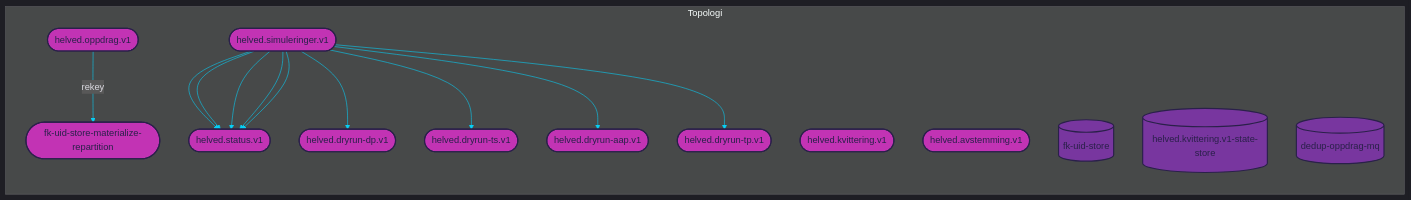
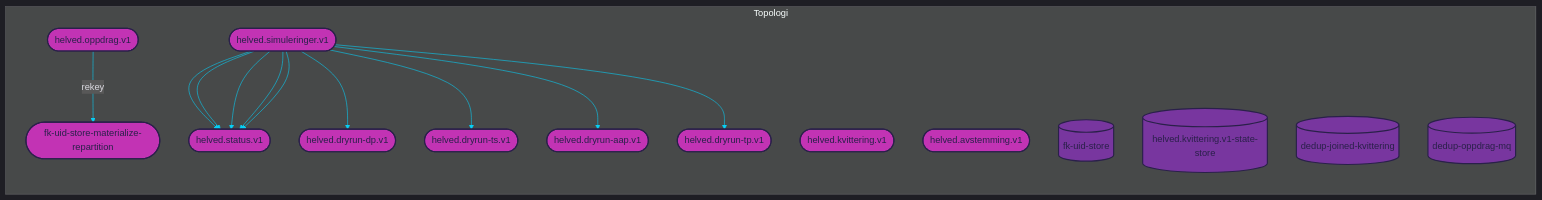
Before and after one commit to navikt/helved-utbetaling: the diagram in dokumentasjon/urskog.mmd, drawn with Mermaid. The commit also changed 3 other files, not shown here.

```diff
--- a/dokumentasjon/urskog.mmd
+++ b/dokumentasjon/urskog.mmd
@@ -1,87 +1,89 @@
 
 %%{init: {'theme': 'dark', 'themeVariables': { 'primaryColor': '#07cff6', 'textColor': '#dad9e0', 'lineColor': '#07cff6'}}}%%
 
 graph LR
 
 subgraph Topologi
     %% TOPICS
     helved.simuleringer.v1([helved.simuleringer.v1])
 	helved.dryrun-aap.v1([helved.dryrun-aap.v1])
 	helved.status.v1([helved.status.v1])
 	helved.dryrun-dp.v1([helved.dryrun-dp.v1])
 	helved.dryrun-ts.v1([helved.dryrun-ts.v1])
 	helved.dryrun-tp.v1([helved.dryrun-tp.v1])
 	helved.kvittering.v1([helved.kvittering.v1])
 	fk-uid-store-materialize-repartition([fk-uid-store-materialize-repartition])
 	helved.oppdrag.v1([helved.oppdrag.v1])
 	helved.avstemming.v1([helved.avstemming.v1])
 
     %% JOINS
     
 
     %% STATE PROCESSORS
     
     
     %% STATE STORES
     fk-uid-store[(fk-uid-store)]
 	helved.kvittering.v1-state-store[(helved.kvittering.v1-state-store)]
+	dedup-joined-kvittering[(dedup-joined-kvittering)]
 	dedup-oppdrag-mq[(dedup-oppdrag-mq)]
     
     %% DATABASES
     
     
 
     %% PROCESSOR API JOBS
     
     
     %% JOIN STREAMS
     
 
     %% TABLE STREAMS
     
 
     %% JOB STREAMS
     
     
     %% BRANCH STREAMS
     
 
     %% REPARTITION STREAMS
     helved.oppdrag.v1 --> |rekey| fk-uid-store-materialize-repartition
     
     %% BASIC STREAMS
     helved.simuleringer.v1 --> helved.status.v1
 	helved.simuleringer.v1 --> helved.dryrun-dp.v1
 	helved.simuleringer.v1 --> helved.dryrun-ts.v1
 	helved.simuleringer.v1 --> helved.status.v1
 	helved.simuleringer.v1 --> helved.status.v1
 	helved.simuleringer.v1 --> helved.dryrun-aap.v1
 	helved.simuleringer.v1 --> helved.status.v1
 	helved.simuleringer.v1 --> helved.dryrun-tp.v1
 	helved.simuleringer.v1 --> helved.status.v1
     
     %% CUSTOM PROCESS STREAMS
     
 end
 
 %% COLORS
 %% light    #dad9e0
 %% purple   #78369f
 %% pink     #c233b4
 %% dark     #2a204a
 %% blue     #07cff6
 
 %% STYLES
 style helved.simuleringer.v1 fill:#c233b4, stroke:#2a204a, stroke-width:2px, color:#2a204a
 style helved.dryrun-aap.v1 fill:#c233b4, stroke:#2a204a, stroke-width:2px, color:#2a204a
 style helved.status.v1 fill:#c233b4, stroke:#2a204a, stroke-width:2px, color:#2a204a
 style helved.dryrun-dp.v1 fill:#c233b4, stroke:#2a204a, stroke-width:2px, color:#2a204a
 style helved.dryrun-ts.v1 fill:#c233b4, stroke:#2a204a, stroke-width:2px, color:#2a204a
 style helved.dryrun-tp.v1 fill:#c233b4, stroke:#2a204a, stroke-width:2px, color:#2a204a
 style helved.kvittering.v1 fill:#c233b4, stroke:#2a204a, stroke-width:2px, color:#2a204a
 style fk-uid-store-materialize-repartition fill:#c233b4, stroke:#2a204a, stroke-width:2px, color:#2a204a
 style helved.oppdrag.v1 fill:#c233b4, stroke:#2a204a, stroke-width:2px, color:#2a204a
 style helved.avstemming.v1 fill:#c233b4, stroke:#2a204a, stroke-width:2px, color:#2a204a
 style fk-uid-store fill:#78369f, stroke:#2a204a, stroke-width:2px, color:#2a204a
 style helved.kvittering.v1-state-store fill:#78369f, stroke:#2a204a, stroke-width:2px, color:#2a204a
+style dedup-joined-kvittering fill:#78369f, stroke:#2a204a, stroke-width:2px, color:#2a204a
 style dedup-oppdrag-mq fill:#78369f, stroke:#2a204a, stroke-width:2px, color:#2a204a
```
